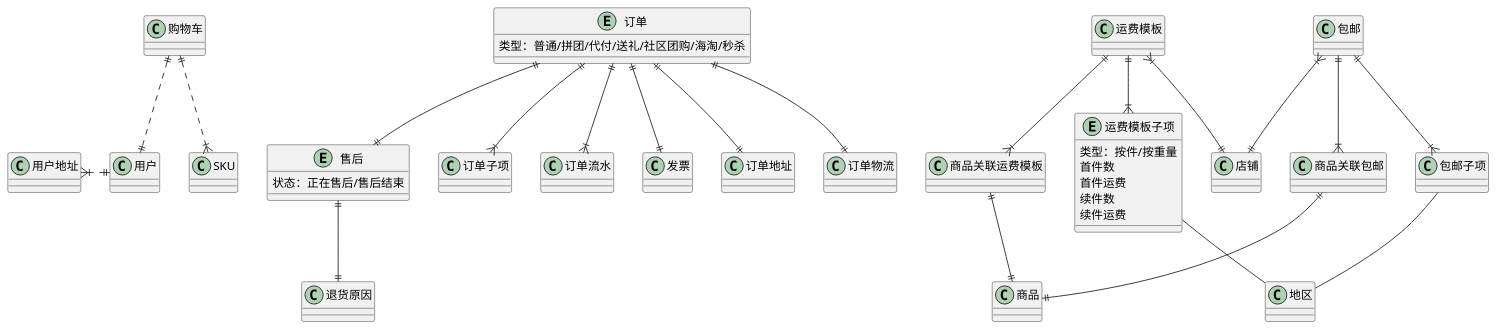
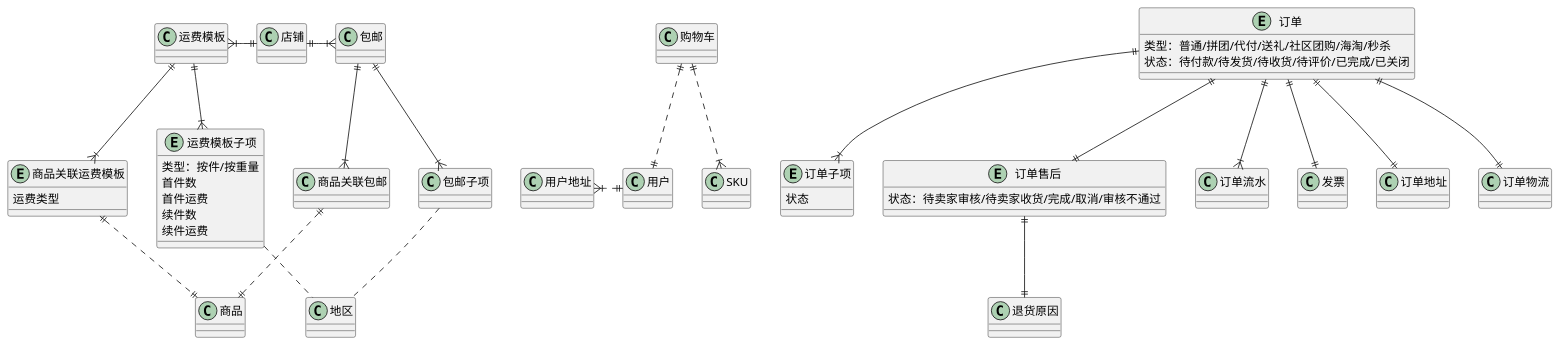
Before and after one commit to awesomecat2020/mock-mall: the diagram in 订单.wsd, drawn with PlantUML. The commit also changed 3 other files, not shown here.

```diff
--- a/订单.wsd
+++ b/订单.wsd
@@ -1,43 +1,50 @@
 @startuml
 
 entity 订单 {
     类型：普通/拼团/代付/送礼/社区团购/海淘/秒杀
+    状态：待付款/待发货/待收货/待评价/已完成/已关闭
 }
-entity 售后 {
-    状态：正在售后/售后结束
+entity 订单子项 {
+    状态
 }
-
+entity 订单售后 {
+    状态：待卖家审核/待卖家收货/完成/取消/审核不通过
+}
+entity 商品关联运费模板 {
+    运费类型
+}
 entity 运费模板子项 {
     类型：按件/按重量
     首件数
     首件运费
     续件数
     续件运费
 }
 
 订单 ||--|{ 订单子项
 订单 ||--|{ 订单流水
 订单 ||--|| 发票
 订单 ||--|| 订单地址
 订单 ||--|| 订单物流
-订单 ||--|| 售后
-售后 ||--|| 退货原因
+订单 ||--|| 订单售后
+订单售后 ||--|| 退货原因
 
 运费模板 ||--|{ 商品关联运费模板
-商品关联运费模板 ||--|| 商品
-运费模板 }|--|| 店铺
+商品关联运费模板 ||..|| 商品
+运费模板 }|-r-|| 店铺
 运费模板 ||--|{ 运费模板子项
-运费模板子项 -- 地区
+运费模板子项 .. 地区
 
 包邮 ||--|{ 商品关联包邮
-商品关联包邮 ||--|| 商品
-包邮 }|--|| 店铺
+商品关联包邮 ||..|| 商品
+包邮 }|-l-|| 店铺
 包邮 ||--|{ 包邮子项
-包邮子项 -- 地区
+包邮子项 .. 地区
 
+' 用户
 用户地址 }|.|| 用户
 购物车 ||..|| 用户
 购物车 ||..|{ SKU
 
 
 @enduml
```
